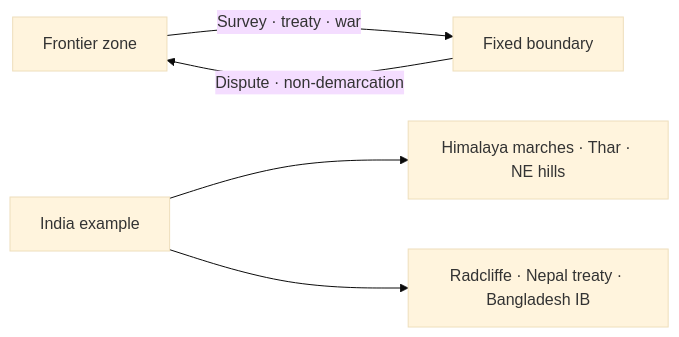
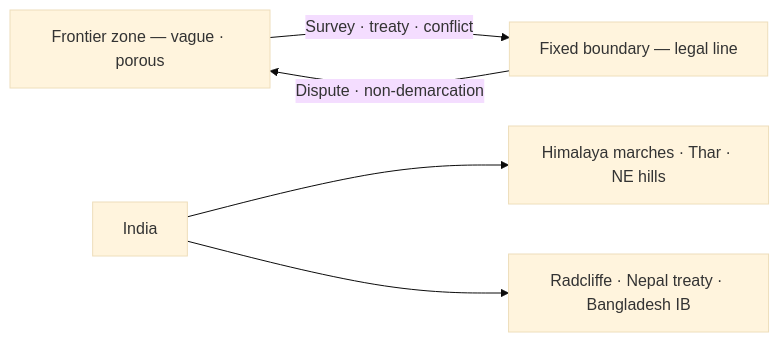
One commit to nitishpratap/UP-PCS changed the diagram in mains-pyqs/GS-1/14_Boundaries/01_Frontiers_vs_Boundaries.md. Above: the diagram before and after it, drawn with Mermaid (base theme). The commit also changed other lines of this file and 97 other files, not shown here.

````diff
--- a/mains-pyqs/GS-1/14_Boundaries/01_Frontiers_vs_Boundaries.md
+++ b/mains-pyqs/GS-1/14_Boundaries/01_Frontiers_vs_Boundaries.md
@@ -76,7 +75,7 @@
 ```mermaid
 flowchart LR
-  F[Frontier zone] -->|Survey · treaty · war| B[Fixed boundary]
+  F[Frontier zone — vague · porous] -->|Survey · treaty · conflict| B[Fixed boundary — legal line]
   B -->|Dispute · non-demarcation| F
-  I[India example] --> F1[Himalaya marches · Thar · NE hills]
+  I[India] --> F1[Himalaya marches · Thar · NE hills]
   I --> B1[Radcliffe · Nepal treaty · Bangladesh IB]
 ```
````
